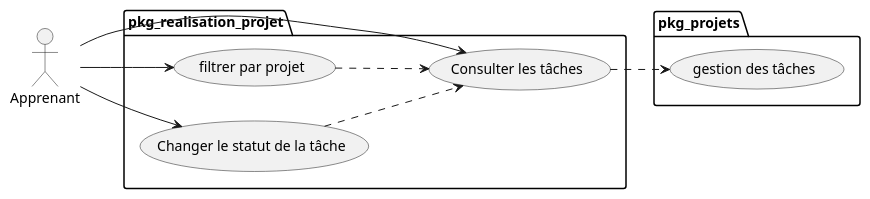
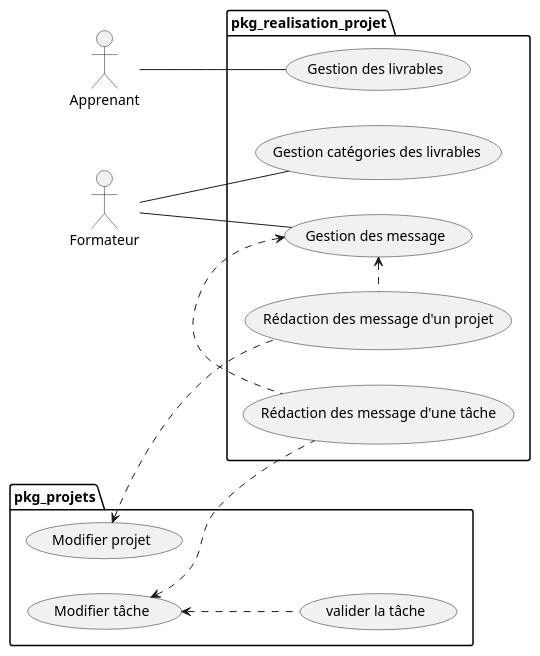
Before and after one commit to zaani12/prototype: the diagram in modélisation/pkg_realisation_projet/uses_cases_pkg_realisation_projet.puml, drawn with PlantUML. The commit also changed 32 other files, not shown here.

Commit message:
pkg_realisation_projet

```diff
--- a/modélisation/pkg_realisation_projet/uses_cases_pkg_realisation_projet.puml
+++ b/modélisation/pkg_realisation_projet/uses_cases_pkg_realisation_projet.puml
@@ -1,28 +1,29 @@
-@startuml pkg_realisation_projet
+@startuml uses_cases_pkg_realisation_projet
 
 left to right direction
 
 actor Apprenant as apprenant
+actor Formateur as formateur
 
 package pkg_realisation_projet {
 
-  apprenant -->  (Consulter les tâches) 
-  (filtrer par projet) ..> (Consulter les tâches) 
-  (Changer le statut de la tâche) ..> (Consulter les tâches) 
-  apprenant -->  (filtrer par projet) 
-  apprenant -->  (Changer le statut de la tâche)
+ apprenant -- (Gestion des livrables)
+ formateur -- (Gestion catégories des livrables)
+ formateur -- (Gestion des message)
+ (Gestion des message) <. (Rédaction des message d'un projet)
+ (Gestion des message) <. (Rédaction des message d'une tâche)
 
- 
 }  
 
 package pkg_projets{
 
-  (gestion des tâches)
+  (Modifier projet)  <.. (Rédaction des message d'un projet)
+  (Modifier tâche)  <.. (Rédaction des message d'une tâche)
+  (Modifier tâche)  <.. (valider la tâche)
+
 }
-
-(Consulter les tâches) ..> (gestion des tâches)
 
 
 ' note right of admin : "note 1"
 
 @enduml
```
